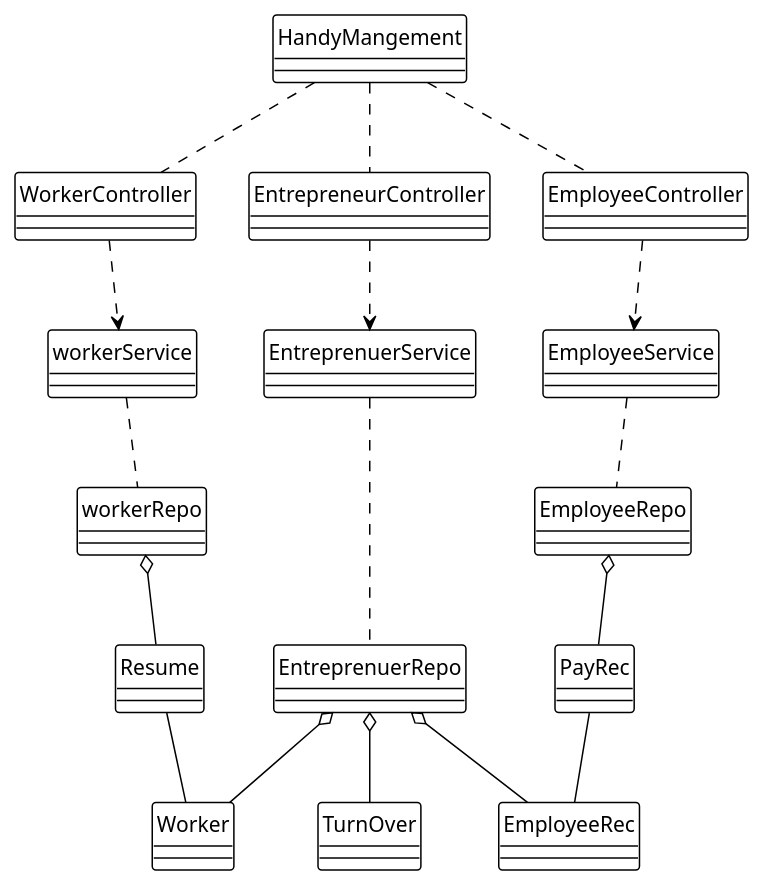
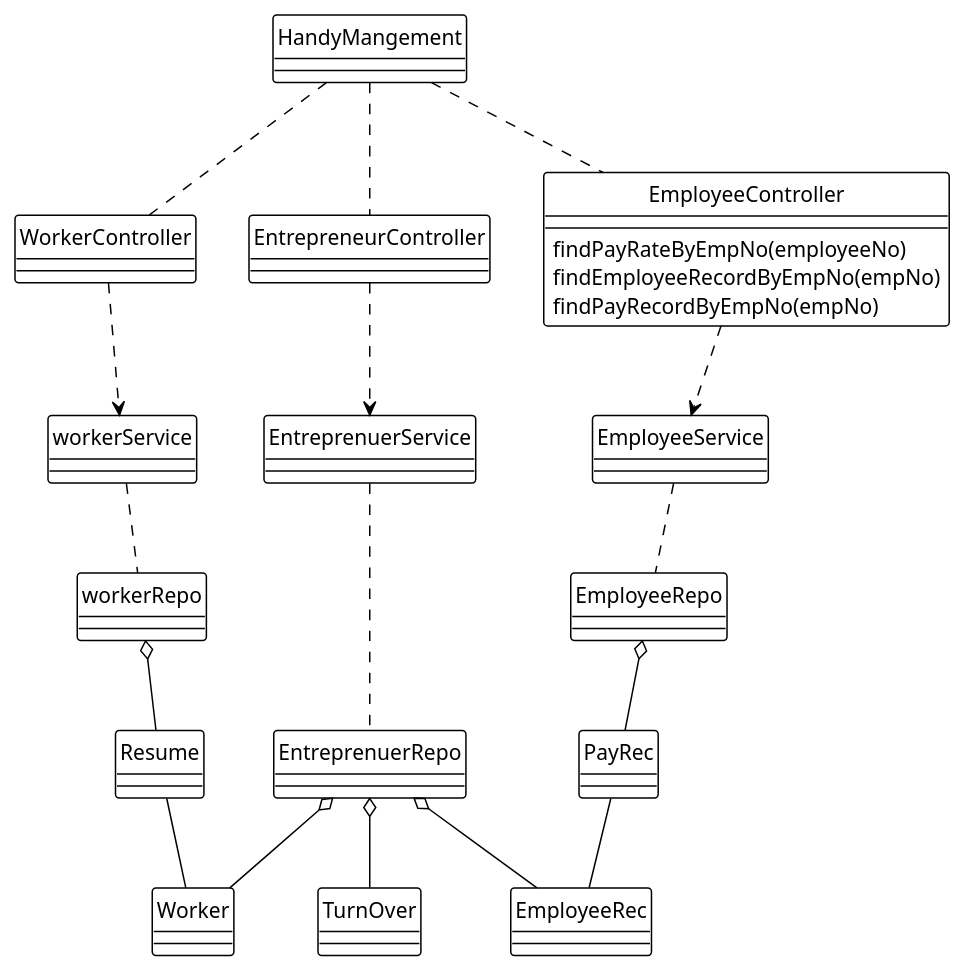
One commit to CPA-Developer/ProjectRepo changed the diagram in handyManagement.puml. Above: the diagram before and after it, drawn with PlantUML.

Commit message:
Employee functions-Abishek

```diff
--- a/handyManagement.puml
+++ b/handyManagement.puml
@@ -1,62 +1,64 @@
 @startuml Handy Mangement
 skinparam style Strictuml
 
 !theme plain
 
 
 class HandyMangement {
    
 }
 
 class WorkerController {
    
 }
 
 class EntrepreneurController {
    
 }
 
 class EmployeeController {
-
+    findPayRateByEmpNo(employeeNo)
+    findEmployeeRecordByEmpNo(empNo)
+    findPayRecordByEmpNo(empNo)
 }
 
 class workerService{}
 class workerRepo{}
 
 class EmployeeService{}
 class EmployeeRepo{}
 
 class EntreprenuerService{}
 class EntreprenuerRepo{}
 
 
 
 
 HandyMangement .. WorkerController
 HandyMangement .. EntrepreneurController
 HandyMangement .. EmployeeController
 
 
 WorkerController ..> workerService
 EntrepreneurController ..> EntreprenuerService
 EmployeeController ..> EmployeeService
 
 
 workerService .. workerRepo
 EmployeeService .. EmployeeRepo
 EntreprenuerService .. EntreprenuerRepo
 
 workerRepo o-- Resume 
 EntreprenuerRepo o--Worker 
 EntreprenuerRepo o--EmployeeRec
 EntreprenuerRepo o-- TurnOver
 EmployeeRepo o-- PayRec 
 PayRec -- EmployeeRec
 
 Resume --Worker
 
 
 
 
 
 @enduml
```
